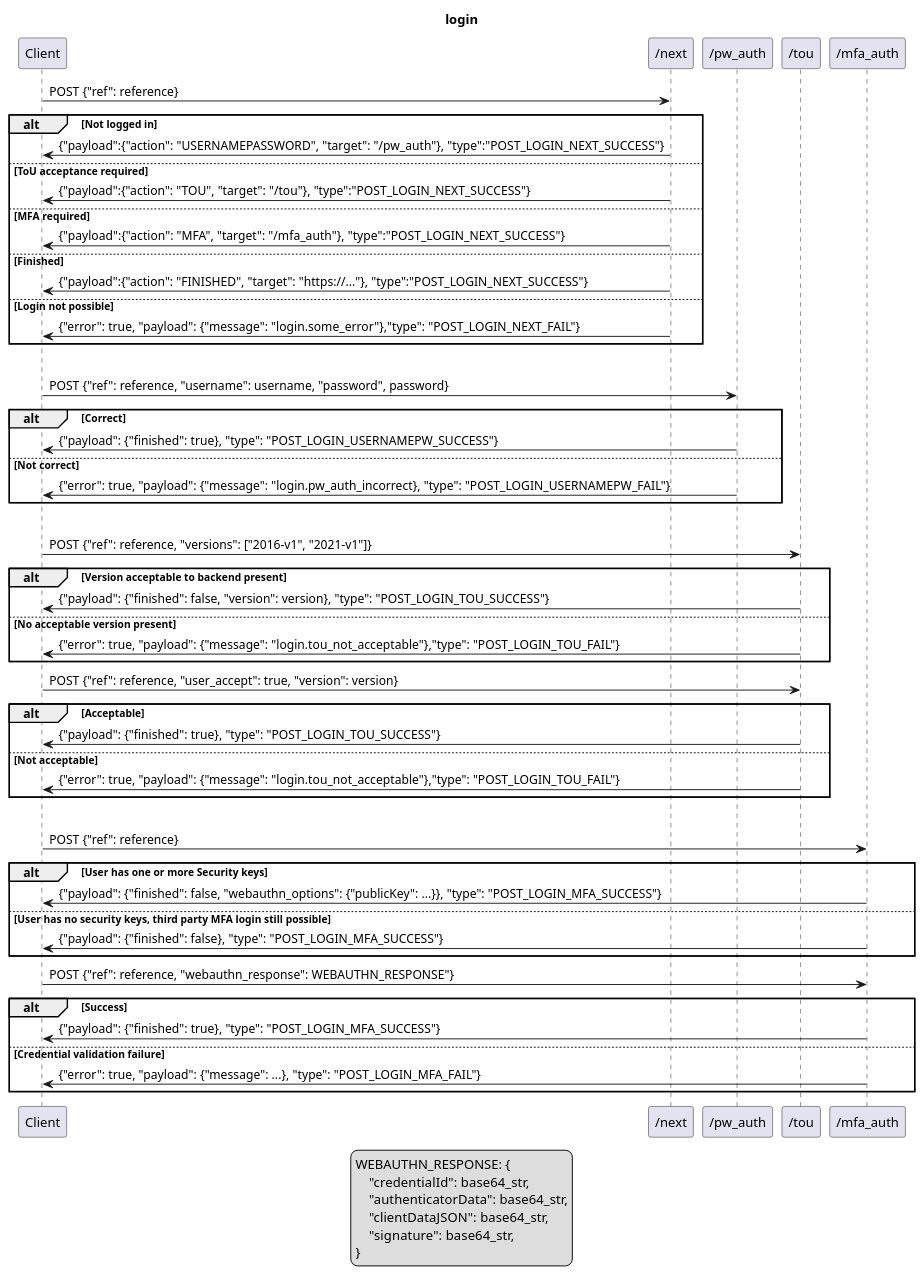
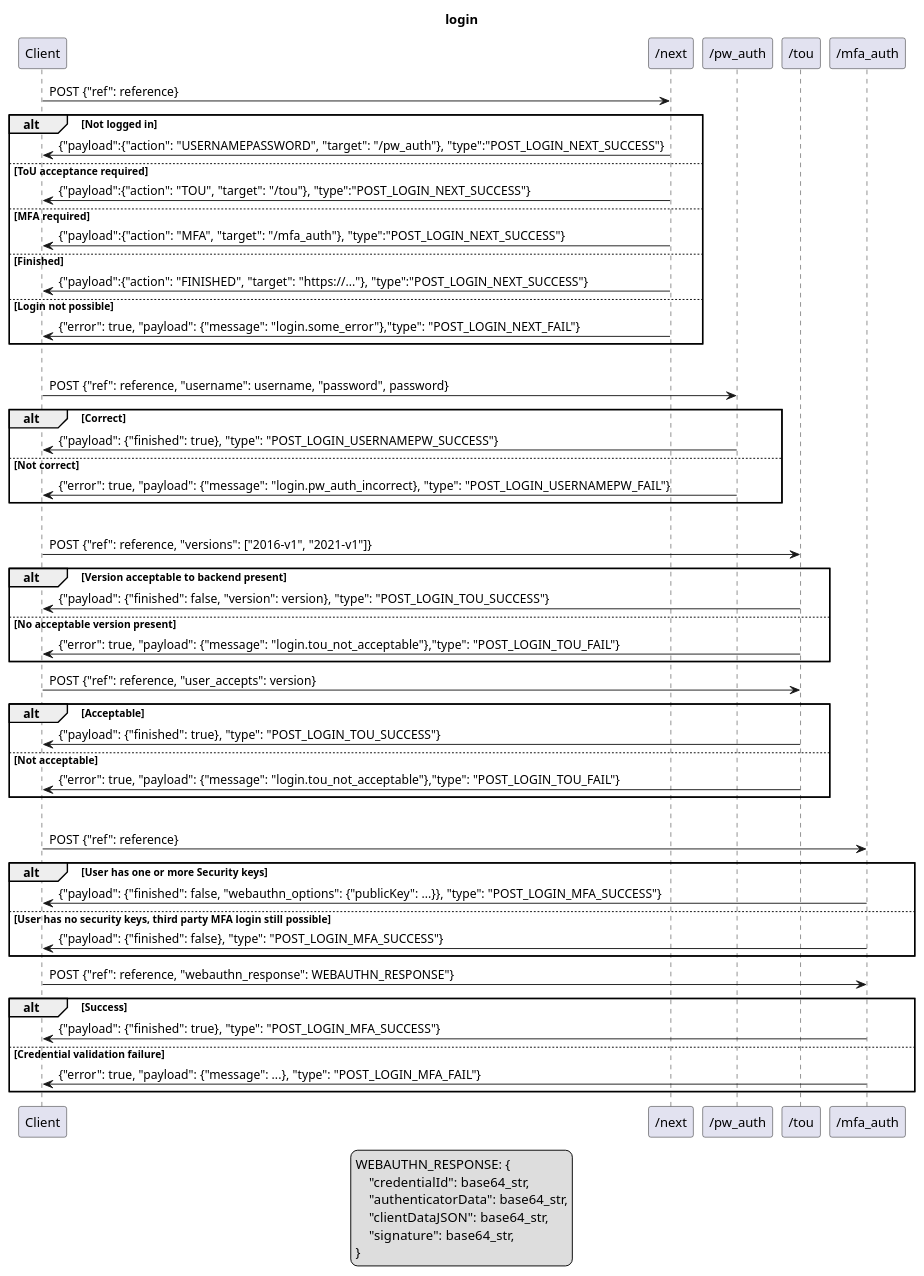
One commit to SUNET/eduid-backend changed the diagram in doc/login.puml. Above: the diagram before and after it, drawn with PlantUML. The commit also changed 1 other file, not shown here.

Commit message:
Correct tou endpoint parameters

```diff
--- a/doc/login.puml
+++ b/doc/login.puml
@@ -1,66 +1,66 @@
 @startuml
 title login
 
 legend
     WEBAUTHN_RESPONSE: {
         "credentialId": base64_str,
         "authenticatorData": base64_str,
         "clientDataJSON": base64_str,
         "signature": base64_str,
     }
 end legend
 
 Client->"/next": POST {"ref": reference}
 alt Not logged in
     "/next"->Client: {"payload":{"action": "USERNAMEPASSWORD", "target": "/pw_auth"}, "type":"POST_LOGIN_NEXT_SUCCESS"}
 else ToU acceptance required
     "/next"->Client: {"payload":{"action": "TOU", "target": "/tou"}, "type":"POST_LOGIN_NEXT_SUCCESS"}
 else MFA required
     "/next"->Client: {"payload":{"action": "MFA", "target": "/mfa_auth"}, "type":"POST_LOGIN_NEXT_SUCCESS"}
 else Finished
     "/next"->Client: {"payload":{"action": "FINISHED", "target": "https://..."}, "type":"POST_LOGIN_NEXT_SUCCESS"}
 else Login not possible
     "/next"->Client: {"error": true, "payload": {"message": "login.some_error"},"type": "POST_LOGIN_NEXT_FAIL"}
 end
 |||
 
 Client->"/pw_auth": POST {"ref": reference, "username": username, "password", password}
 alt Correct
     "/pw_auth"->Client: {"payload": {"finished": true}, "type": "POST_LOGIN_USERNAMEPW_SUCCESS"}
 else Not correct
     "/pw_auth"->Client: {"error": true, "payload": {"message": "login.pw_auth_incorrect}, "type": "POST_LOGIN_USERNAMEPW_FAIL"}
 end
 |||
 
 Client->"/tou": POST {"ref": reference, "versions": ["2016-v1", "2021-v1"]}
 alt Version acceptable to backend present
     "/tou"->Client: {"payload": {"finished": false, "version": version}, "type": "POST_LOGIN_TOU_SUCCESS"}
 else No acceptable version present
     "/tou"->Client: {"error": true, "payload": {"message": "login.tou_not_acceptable"},"type": "POST_LOGIN_TOU_FAIL"}
 end
 
 
-Client->"/tou": POST {"ref": reference, "user_accept": true, "version": version}
+Client->"/tou": POST {"ref": reference, "user_accepts": version}
 alt Acceptable
     "/tou"->Client: {"payload": {"finished": true}, "type": "POST_LOGIN_TOU_SUCCESS"}
 else Not acceptable
     "/tou"->Client: {"error": true, "payload": {"message": "login.tou_not_acceptable"},"type": "POST_LOGIN_TOU_FAIL"}
 end
 |||
 
 Client->"/mfa_auth": POST {"ref": reference}
 alt User has one or more Security keys
     "/mfa_auth"->Client: {"payload": {"finished": false, "webauthn_options": {"publicKey": ...}}, "type": "POST_LOGIN_MFA_SUCCESS"}
 else User has no security keys, third party MFA login still possible
     "/mfa_auth"->Client: {"payload": {"finished": false}, "type": "POST_LOGIN_MFA_SUCCESS"}
 end
 
 Client->"/mfa_auth": POST {"ref": reference, "webauthn_response": WEBAUTHN_RESPONSE"}
 alt Success
     "/mfa_auth"->Client: {"payload": {"finished": true}, "type": "POST_LOGIN_MFA_SUCCESS"}
 else Credential validation failure
     "/mfa_auth"->Client: {"error": true, "payload": {"message": ...}, "type": "POST_LOGIN_MFA_FAIL"}
 end
 
 
 @enduml
```
